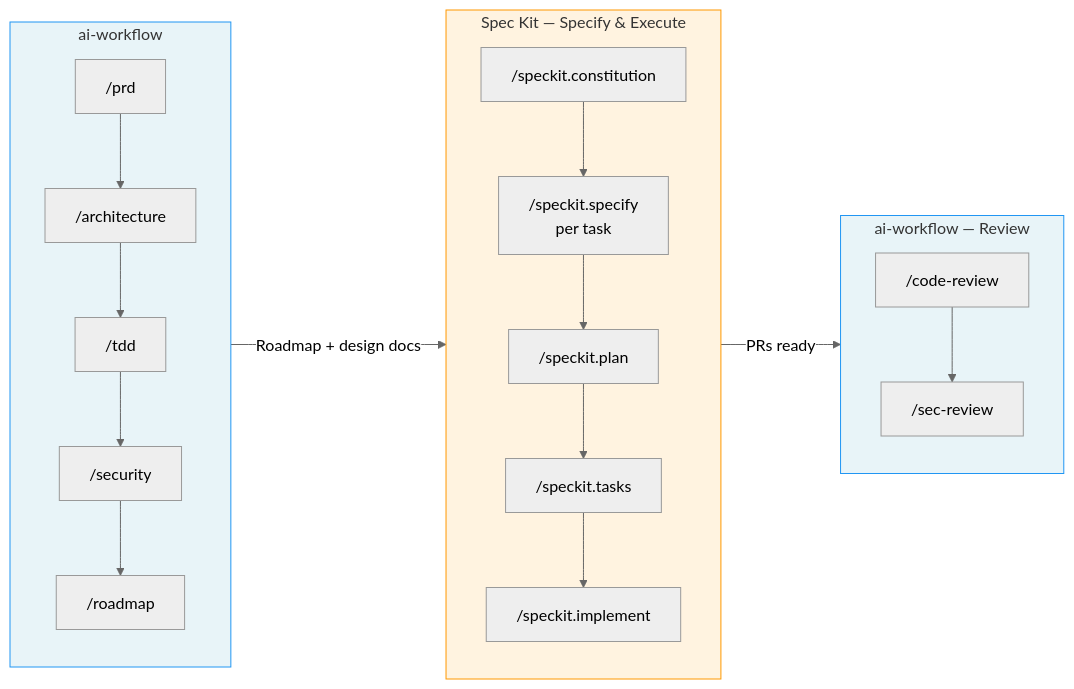
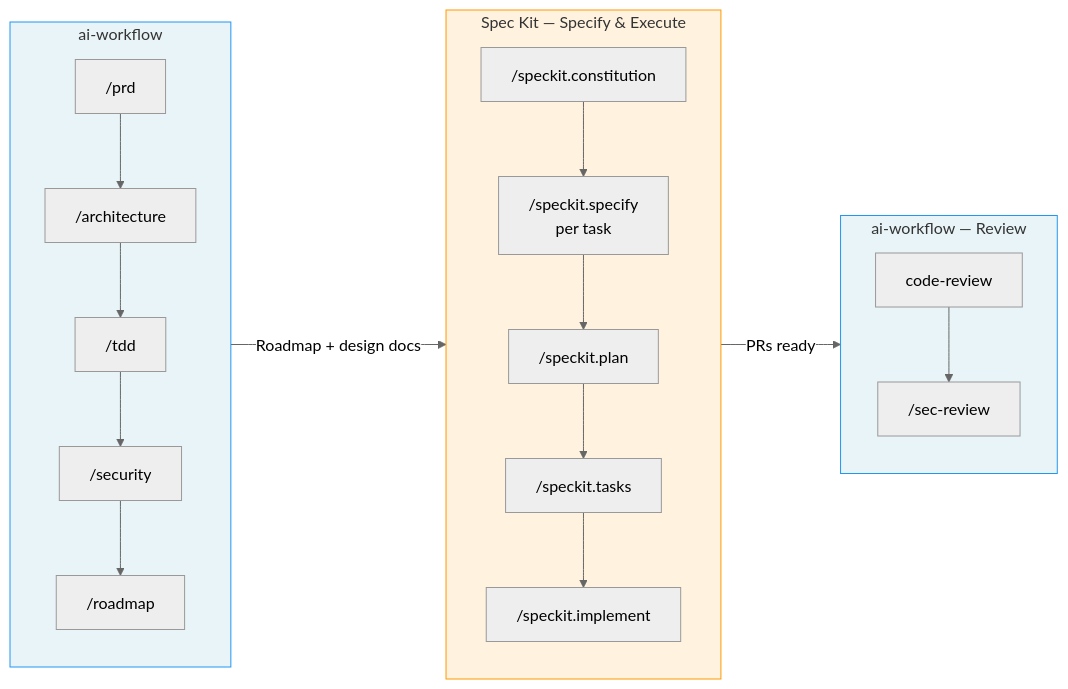
The second of 5 diagrams in docs/speckit-integration.md (0xrafasec/ai-workflow), drawn with Mermaid (neutral theme) before and after one commit. The commit also changed other lines of this file and 41 other files, not shown here.

First line of the commit message:
refactor(code-review): deprecate custom skill in favor of Anthropic's code-review

````diff
--- a/docs/speckit-integration.md
+++ b/docs/speckit-integration.md
@@ -94,30 +94,30 @@
 ```mermaid
 flowchart LR
     subgraph AW ["ai-workflow"]
         direction TB
         A1["/prd"] --> A2["/architecture"]
         A2 --> A3["/tdd"]
         A3 --> A4["/security"]
         A4 --> A5["/roadmap"]
     end
 
     subgraph SK ["Spec Kit — Specify & Execute"]
         direction TB
         B1["/speckit.constitution"] --> B2["/speckit.specify<br/>per task"]
         B2 --> B3["/speckit.plan"]
         B3 --> B4["/speckit.tasks"]
         B4 --> B5["/speckit.implement"]
     end
 
     subgraph AW2 ["ai-workflow — Review"]
         direction TB
-        C1["/code-review"] --> C2["/sec-review"]
+        C1["code-review"] --> C2["/sec-review"]
     end
 
     AW -->|"Roadmap + design docs"| SK
     SK -->|"PRs ready"| AW2
 
     style AW fill:#e8f4f8,stroke:#2196F3
     style SK fill:#fff3e0,stroke:#FF9800
     style AW2 fill:#e8f4f8,stroke:#2196F3
 ```
````
